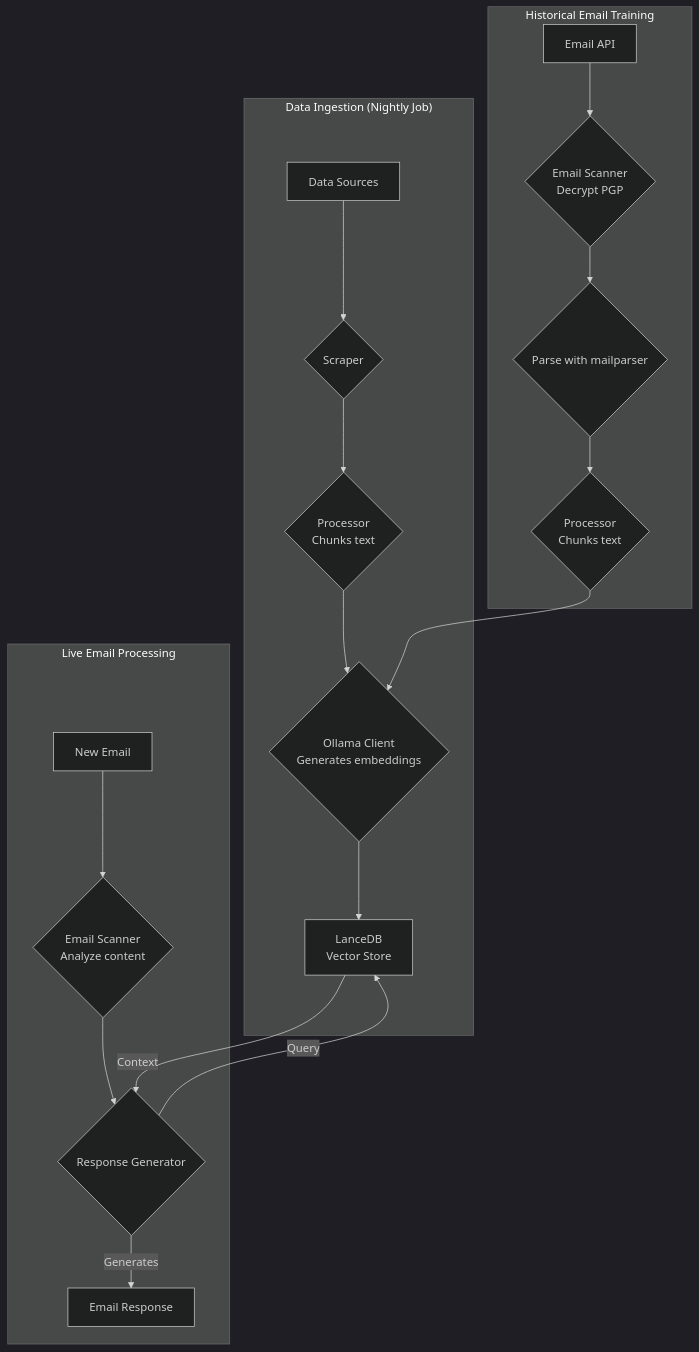
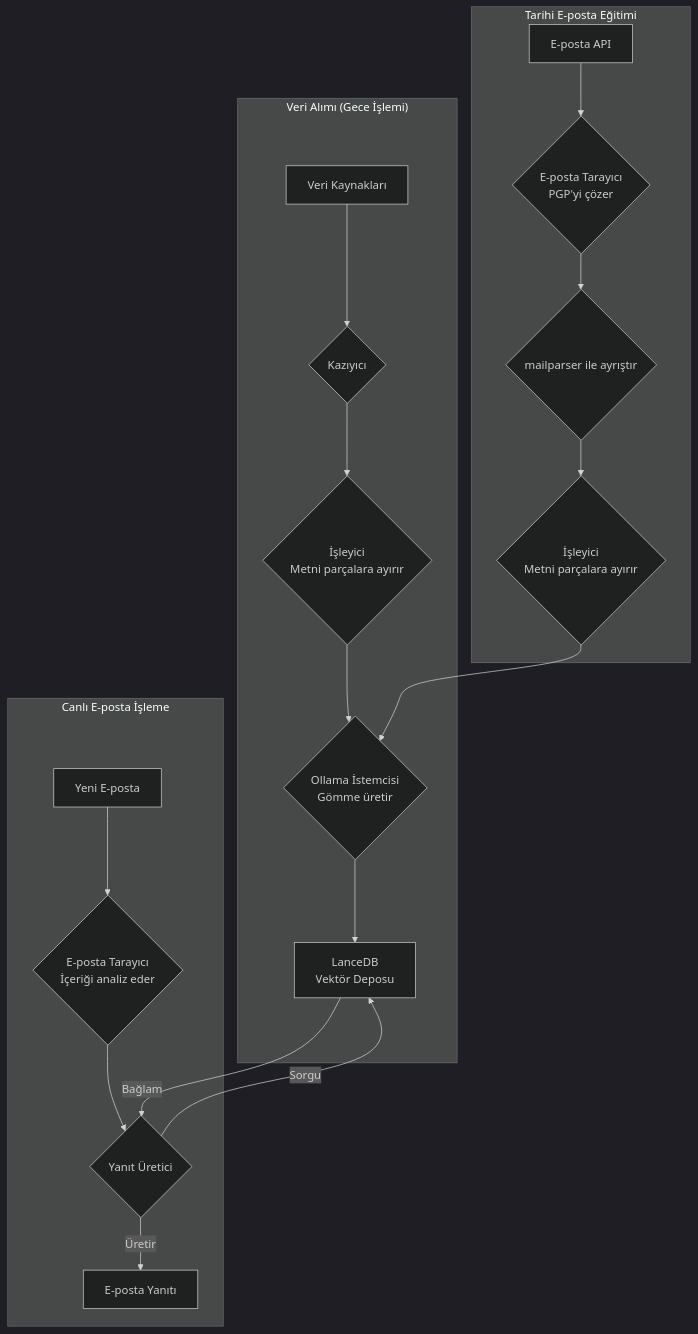
Before and after one commit to forwardemail/forwardemail.net: the first of 3 diagrams in app/views/docs/privacy-first-ai-customer-support-agent-lancedb-ollama-nodejs/index-tr.md, drawn with Mermaid (dark theme). The commit also changed other lines of this file and 1055 other files, not shown here.

````diff
--- a/app/views/docs/privacy-first-ai-customer-support-agent-lancedb-ollama-nodejs/index-tr.md
+++ b/app/views/docs/privacy-first-ai-customer-support-agent-lancedb-ollama-nodejs/index-tr.md
@@ -429,24 +430,24 @@
 ```mermaid
 graph TD
-    subgraph "Data Ingestion (Nightly Job)"
-        A[Data Sources] --> B{Scraper}
-        B --> C{Processor<br/>Chunks text}
-        C --> D{Ollama Client<br/>Generates embeddings}
-        D --> E[LanceDB<br/>Vector Store]
+    subgraph "Veri Alımı (Gece İşlemi)"
+        A[Veri Kaynakları] --> B{Kazıyıcı}
+        B --> C{İşleyici<br/>Metni parçalara ayırır}
+        C --> D{Ollama İstemcisi<br/>Gömme üretir}
+        D --> E[LanceDB<br/>Vektör Deposu]
     end
 
-    subgraph "Historical Email Training"
-        F[Email API] --> G{Email Scanner<br/>Decrypt PGP}
-        G --> H{Parse with mailparser}
-        H --> I{Processor<br/>Chunks text}
+    subgraph "Tarihi E-posta Eğitimi"
+        F[E-posta API] --> G{E-posta Tarayıcı<br/>PGP'yi çözer}
+        G --> H{mailparser ile ayrıştır}
+        H --> I{İşleyici<br/>Metni parçalara ayırır}
         I --> D
     end
 
-    subgraph "Live Email Processing"
-        J[New Email] --> K{Email Scanner<br/>Analyze content}
-        K --> L{Response Generator}
-        L -- Query --> E
-        E -- Context --> L
-        L -- Generates --> M[Email Response]
+    subgraph "Canlı E-posta İşleme"
+        J[Yeni E-posta] --> K{E-posta Tarayıcı<br/>İçeriği analiz eder}
+        K --> L{Yanıt Üretici}
+        L -- Sorgu --> E
+        E -- Bağlam --> L
+        L -- Üretir --> M[E-posta Yanıtı]
     end
 ```
````
